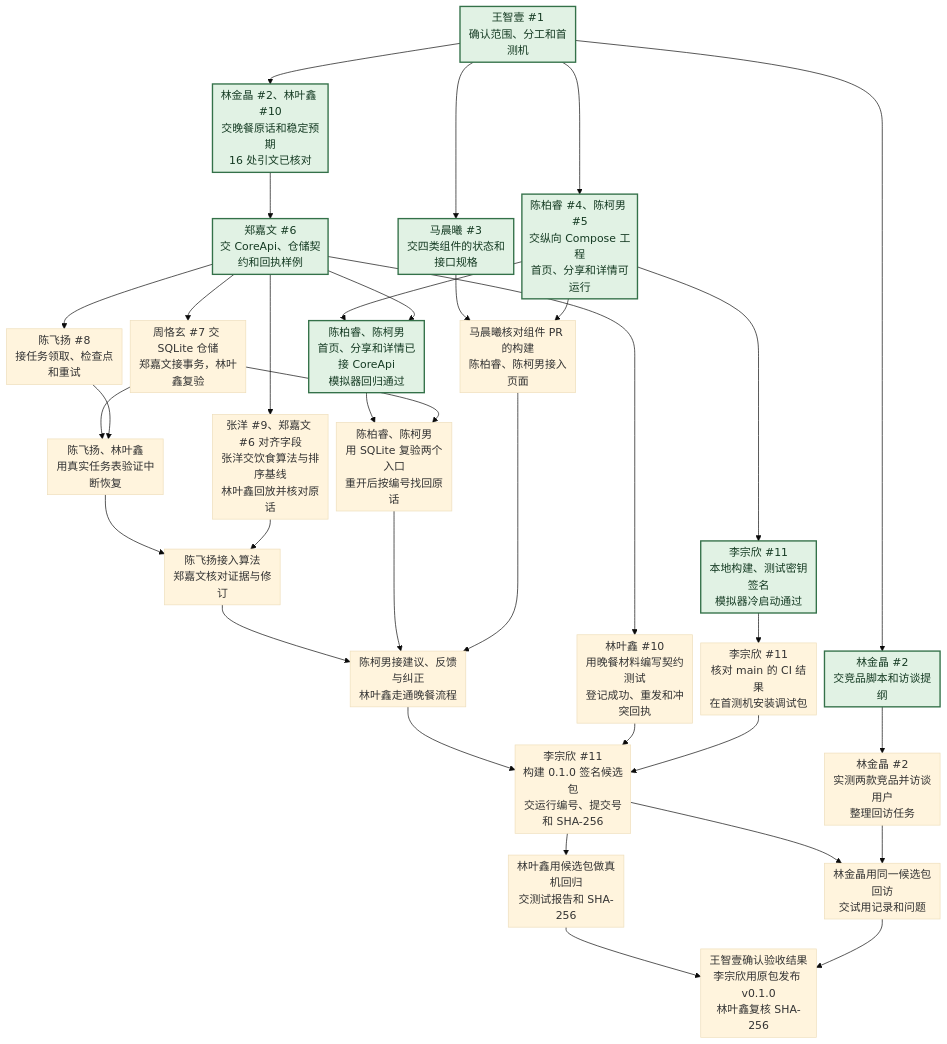
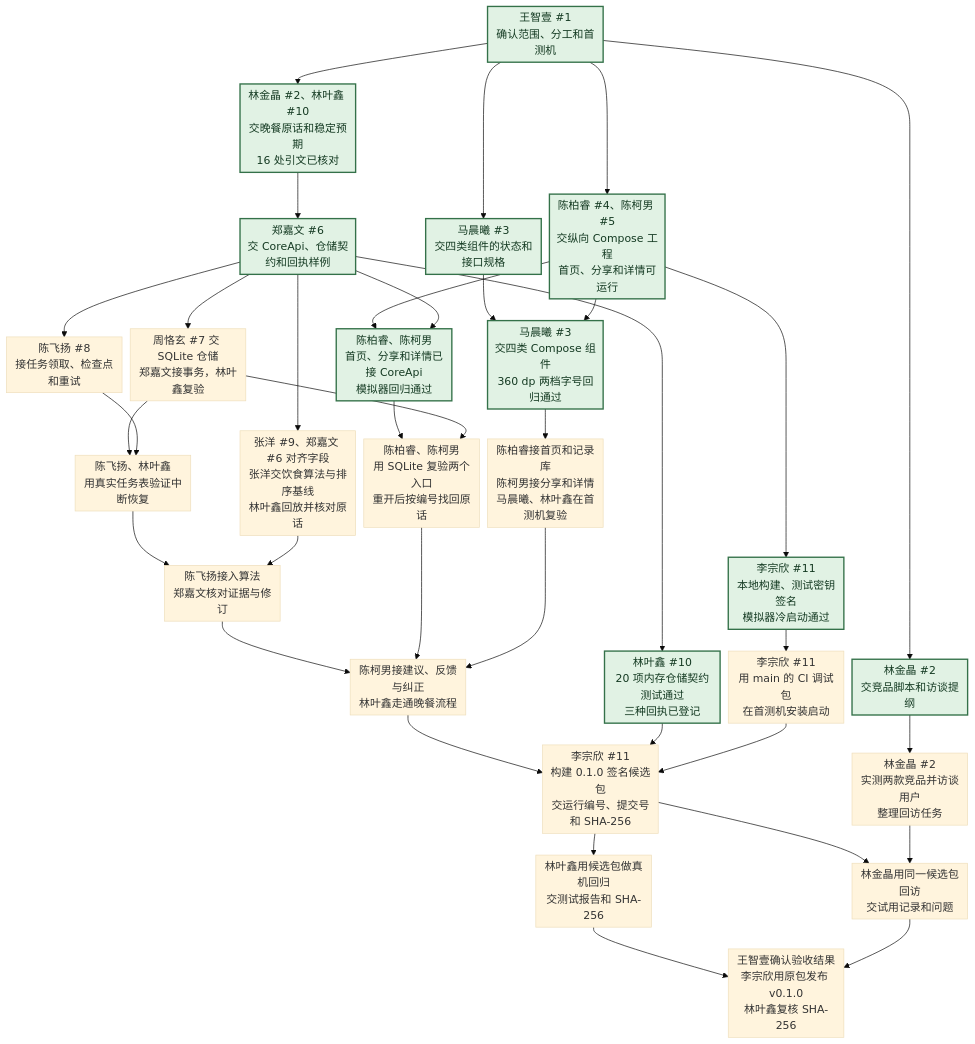
Before and after one commit to 155TuT/2601-fzu-SoftwareEngineering-YuezhongWu: the diagram in homework/team/task8/plan.md, drawn with Mermaid (base theme). The commit also changed other lines of this file, not shown here.

Commit message:
docs(task8): mark component and contract test handoffs ready

````diff
--- a/homework/team/task8/plan.md
+++ b/homework/team/task8/plan.md
@@ -52,44 +54,45 @@
 ```mermaid
 %%{init: {"flowchart": {"nodeSpacing": 12, "rankSpacing": 32, "padding": 5, "wrappingWidth": 150}}}%%
 flowchart TD
     accTitle: PebblePile Android v0.1.0 工作依赖
     claim["王智壹 #1<br/>确认范围、分工和首测机"]:::ready
     claim --> project["陈柏睿 #4、陈柯男 #5<br/>交纵向 Compose 工程<br/>首页、分享和详情可运行"]:::ready
     claim --> prep["林金晶 #2<br/>交竞品脚本和访谈提纲"]:::ready
     claim --> sample["林金晶 #2、林叶鑫 #10<br/>交晚餐原话和稳定预期<br/>16 处引文已核对"]:::ready
     claim --> spec["马晨曦 #3<br/>交四类组件的状态和接口规格"]:::ready
 
     project --> build["李宗欣 #11<br/>本地构建、测试密钥签名<br/>模拟器冷启动通过"]:::ready
-    build --> device["李宗欣 #11<br/>核对 main 的 CI 结果<br/>在首测机安装调试包"]
+    build --> device["李宗欣 #11<br/>用 main 的 CI 调试包<br/>在首测机安装启动"]
     sample --> api["郑嘉文 #6<br/>交 CoreApi、仓储契约和回执样例"]:::ready
     project --> pages["陈柏睿、陈柯男<br/>首页、分享和详情已接 CoreApi<br/>模拟器回归通过"]:::ready
     api --> pages
-    api --> tests["林叶鑫 #10<br/>用晚餐材料编写契约测试<br/>登记成功、重发和冲突回执"]
-    spec --> components["马晨曦核对组件 PR 的构建<br/>陈柏睿、陈柯男接入页面"]
-    project --> components
+    api --> tests["林叶鑫 #10<br/>20 项内存仓储契约测试通过<br/>三种回执已登记"]:::ready
+    spec --> kit["马晨曦 #3<br/>交四类 Compose 组件<br/>360 dp 两档字号回归通过"]:::ready
+    project --> kit
+    kit --> components["陈柏睿接首页和记录库<br/>陈柯男接分享和详情<br/>马晨曦、林叶鑫在首测机复验"]
     prep --> research["林金晶 #2<br/>实测两款竞品并访谈用户<br/>整理回访任务"]
 
     api --> db["周恪玄 #7 交 SQLite 仓储<br/>郑嘉文接事务，林叶鑫复验"]
     pages --> entries["陈柏睿、陈柯男<br/>用 SQLite 复验两个入口<br/>重开后按编号找回原话"]
     db --> entries
     api --> jobs["陈飞扬 #8<br/>接任务领取、检查点和重试"]
     db --> recover["陈飞扬、林叶鑫<br/>用真实任务表验证中断恢复"]
     jobs --> recover
     api --> algorithm["张洋 #9、郑嘉文 #6 对齐字段<br/>张洋交饮食算法与排序基线<br/>林叶鑫回放并核对原话"]
     recover --> integration["陈飞扬接入算法<br/>郑嘉文核对证据与修订"]
     algorithm --> integration
     integration --> dinner["陈柯男接建议、反馈与纠正<br/>林叶鑫走通晚餐流程"]
     entries --> dinner
     components --> dinner
 
     dinner --> candidate["李宗欣 #11<br/>构建 0.1.0 签名候选包<br/>交运行编号、提交号和 SHA-256"]
     tests --> candidate
     device --> candidate
     candidate --> qa["林叶鑫用候选包做真机回归<br/>交测试报告和 SHA-256"]
     candidate --> trial["林金晶用同一候选包回访<br/>交试用记录和问题"]
     research --> trial
     qa --> release["王智壹确认验收结果<br/>李宗欣用原包发布 v0.1.0<br/>林叶鑫复核 SHA-256"]
     trial --> release
 
     classDef ready fill:#e1f2e4,stroke:#347149,color:#143a22,stroke-width:2px
 ```
````
